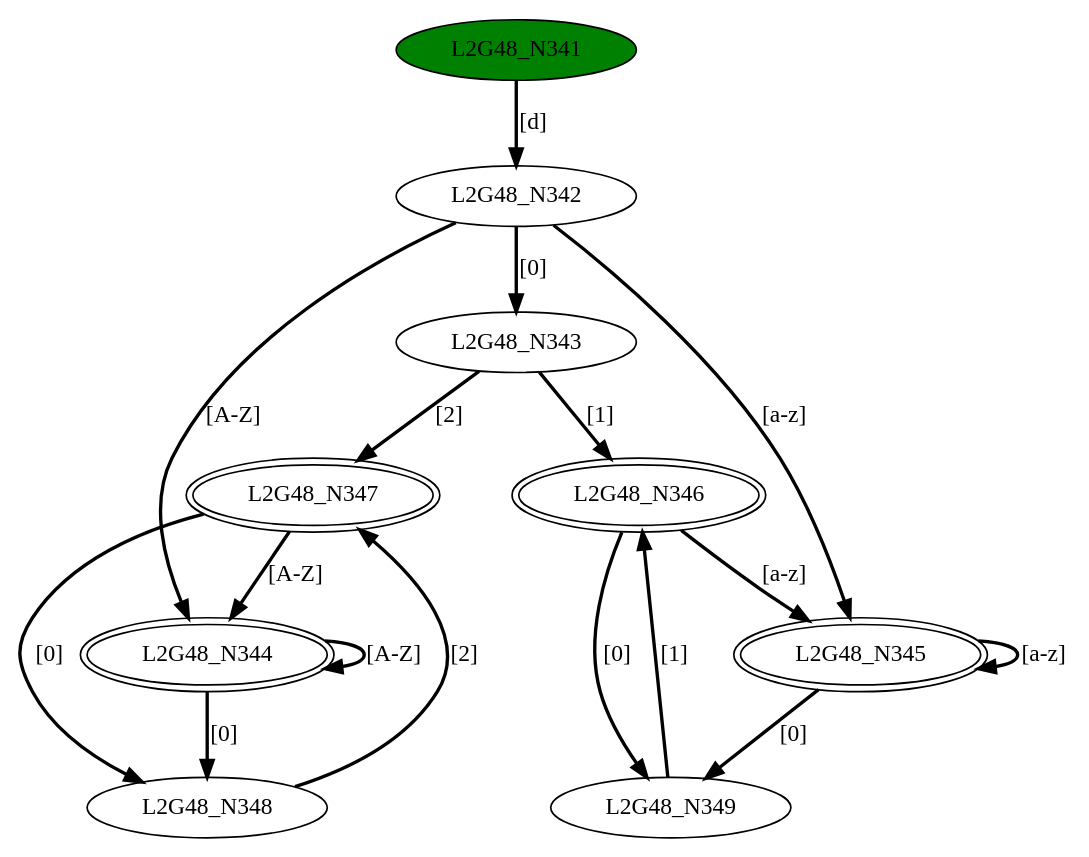
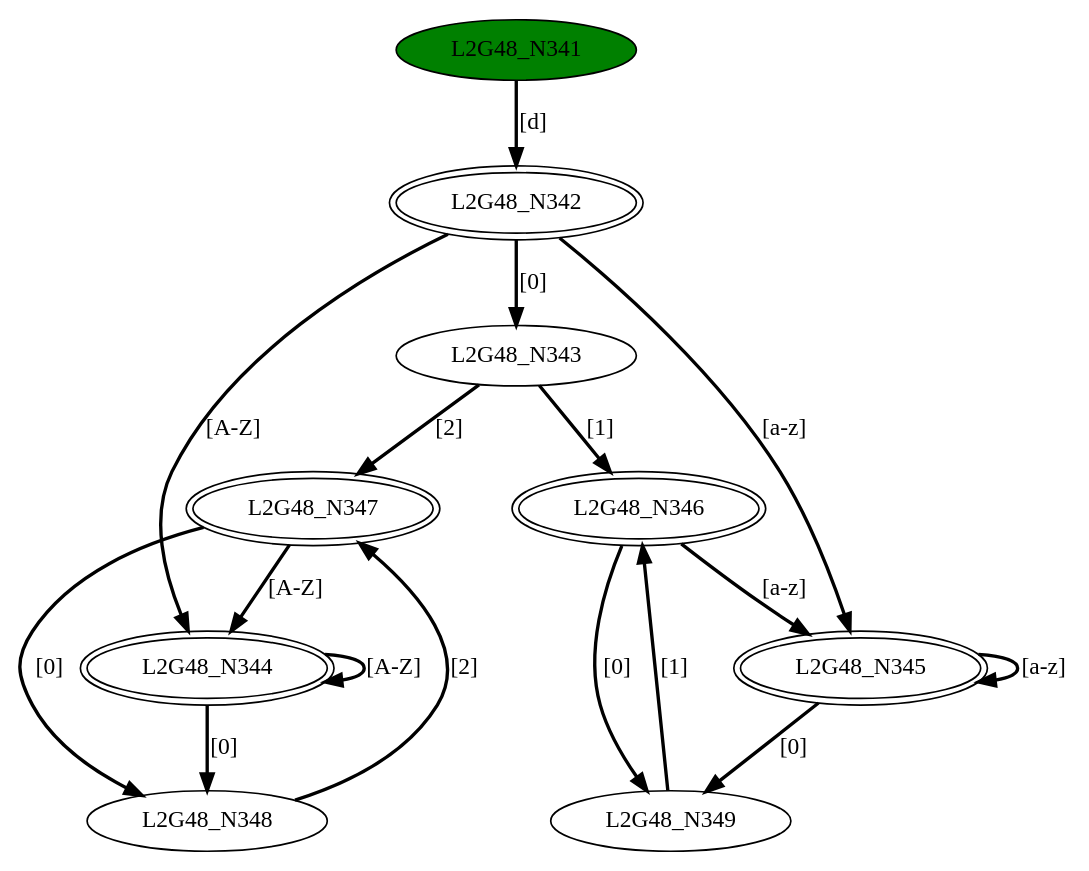
Before and after one commit to GDimitroulakos/EDUFLEX: the diagram in DFASimulator/Testbench/mergeDFA2.dot, drawn with Graphviz. The commit also changed 20 other files, not shown here.

```diff
--- a/DFASimulator/Testbench/mergeDFA2.dot
+++ b/DFASimulator/Testbench/mergeDFA2.dot
@@ -1,27 +1,27 @@
 digraph G48{
 "L2G48_N341" [style=filled,fillcolor=green];
-"L2G48_N342";
+"L2G48_N342" [peripheries=2];
 "L2G48_N343";
 "L2G48_N344" [peripheries=2];
 "L2G48_N345" [peripheries=2];
 "L2G48_N346" [peripheries=2];
 "L2G48_N347" [peripheries=2];
 "L2G48_N348";
 "L2G48_N349";
 "L2G48_N341"->"L2G48_N342" [style = bold, label = "[d]"];
 "L2G48_N342"->"L2G48_N343" [style = bold, label = "[0]"];
 "L2G48_N342"->"L2G48_N344" [style = bold, label = "[A-Z]"];
 "L2G48_N342"->"L2G48_N345" [style = bold, label = "[a-z]"];
 "L2G48_N343"->"L2G48_N346" [style = bold, label = "[1]"];
 "L2G48_N343"->"L2G48_N347" [style = bold, label = "[2]"];
 "L2G48_N344"->"L2G48_N348" [style = bold, label = "[0]"];
 "L2G48_N344"->"L2G48_N344" [style = bold, label = "[A-Z]"];
 "L2G48_N345"->"L2G48_N349" [style = bold, label = "[0]"];
 "L2G48_N345"->"L2G48_N345" [style = bold, label = "[a-z]"];
 "L2G48_N346"->"L2G48_N349" [style = bold, label = "[0]"];
 "L2G48_N346"->"L2G48_N345" [style = bold, label = "[a-z]"];
 "L2G48_N347"->"L2G48_N348" [style = bold, label = "[0]"];
 "L2G48_N347"->"L2G48_N344" [style = bold, label = "[A-Z]"];
 "L2G48_N348"->"L2G48_N347" [style = bold, label = "[2]"];
 "L2G48_N349"->"L2G48_N346" [style = bold, label = "[1]"];
 }
```
